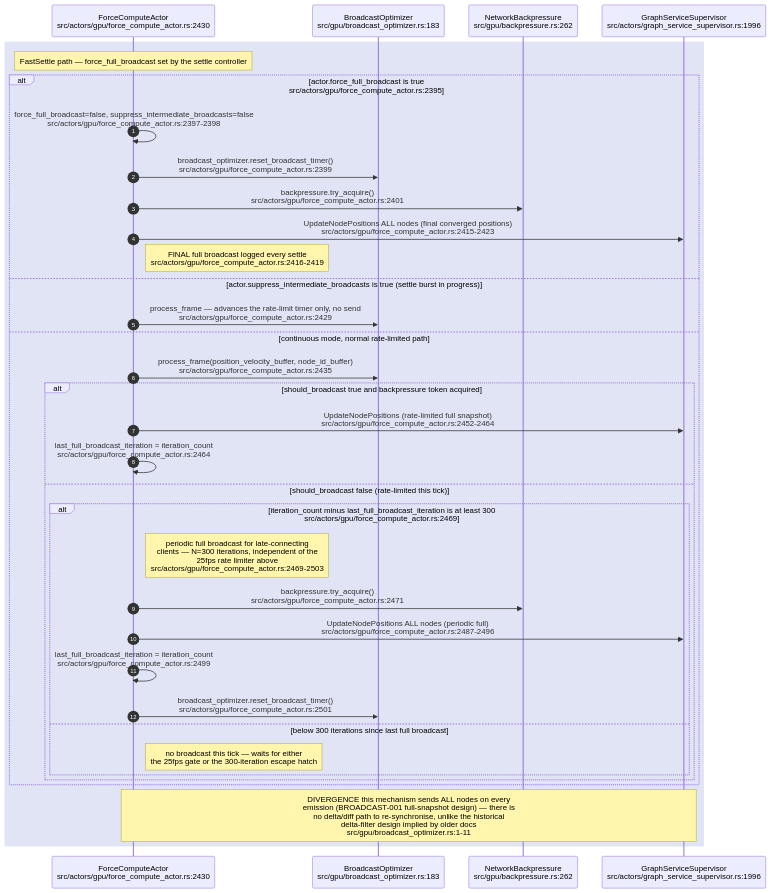
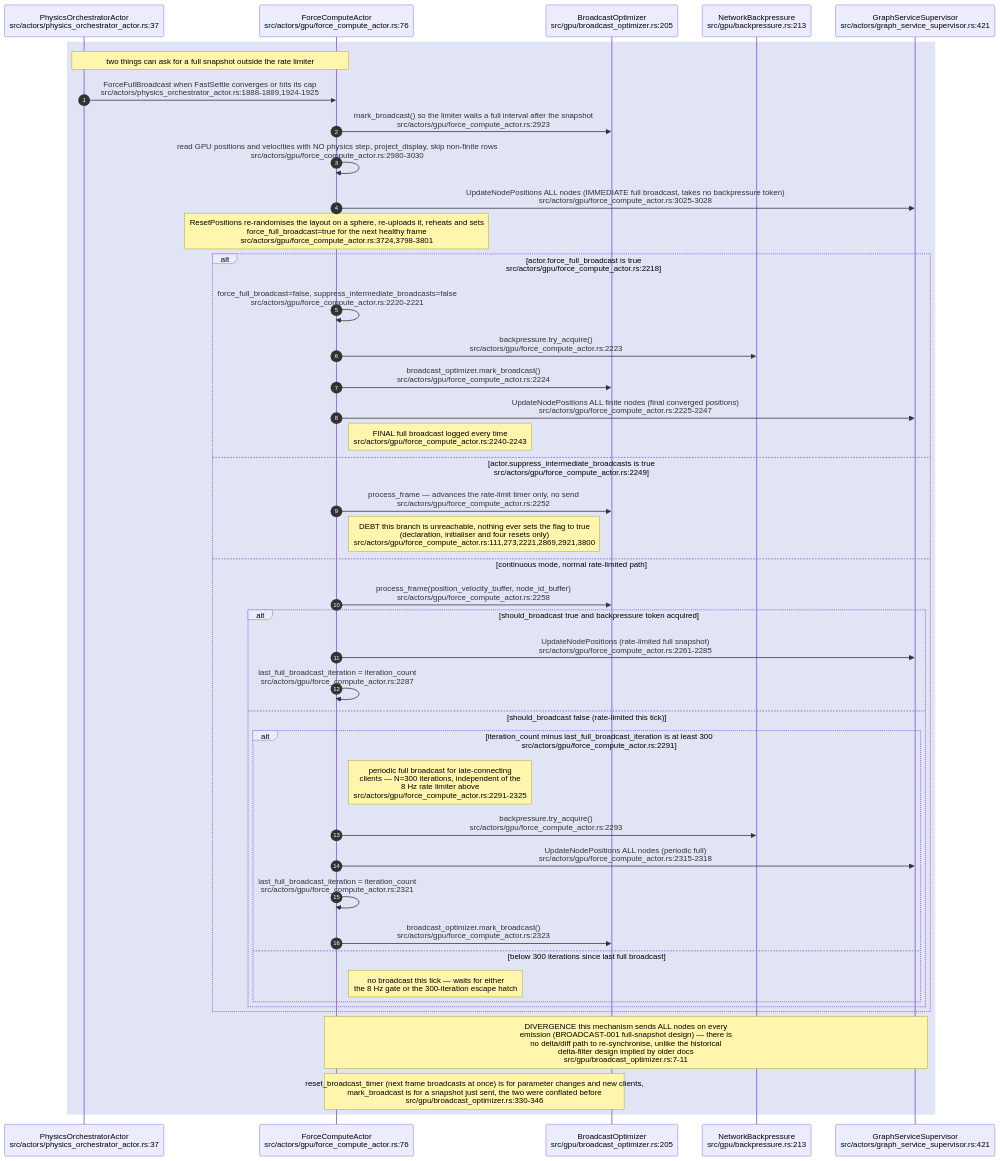
One commit to DreamLab-AI/VisionFlow changed the fourth of 8 diagrams in docs/diagrams/visionclaw/13-broadcast-pipeline-and-websocket.md. Above: the diagram before and after it, drawn with Mermaid. The commit also changed other lines of this file and 4 other files, not shown here.

Commit message:
docs(diagrams): re-verify visionclaw 13 and 32 against project HEAD

````diff
--- a/docs/diagrams/visionclaw/13-broadcast-pipeline-and-websocket.md
+++ b/docs/diagrams/visionclaw/13-broadcast-pipeline-and-websocket.md
@@ -242,38 +279,46 @@
 ```mermaid
 sequenceDiagram
     autonumber
-    participant FC as ForceComputeActor<br/>src/actors/gpu/force_compute_actor.rs:2430
-    participant BO as BroadcastOptimizer<br/>src/gpu/broadcast_optimizer.rs:183
-    participant BP as NetworkBackpressure<br/>src/gpu/backpressure.rs:262
-    participant GSS as GraphServiceSupervisor<br/>src/actors/graph_service_supervisor.rs:1996
+    participant PO as PhysicsOrchestratorActor<br/>src/actors/physics_orchestrator_actor.rs:37
+    participant FC as ForceComputeActor<br/>src/actors/gpu/force_compute_actor.rs:76
+    participant BO as BroadcastOptimizer<br/>src/gpu/broadcast_optimizer.rs:205
+    participant BP as NetworkBackpressure<br/>src/gpu/backpressure.rs:213
+    participant GSS as GraphServiceSupervisor<br/>src/actors/graph_service_supervisor.rs:421
 
     rect rgb(225,228,245)
-    Note over FC: FastSettle path — force_full_broadcast set by the settle controller
-    alt actor.force_full_broadcast is true<br/>src/actors/gpu/force_compute_actor.rs:2395
-        FC->>FC: force_full_broadcast=false, suppress_intermediate_broadcasts=false<br/>src/actors/gpu/force_compute_actor.rs:2397-2398
-        FC->>BO: broadcast_optimizer.reset_broadcast_timer()<br/>src/actors/gpu/force_compute_actor.rs:2399
-        FC->>BP: backpressure.try_acquire()<br/>src/actors/gpu/force_compute_actor.rs:2401
-        FC->>GSS: UpdateNodePositions ALL nodes (final converged positions)<br/>src/actors/gpu/force_compute_actor.rs:2415-2423
-        Note right of FC: FINAL full broadcast logged every settle<br/>src/actors/gpu/force_compute_actor.rs:2416-2419
-    else actor.suppress_intermediate_broadcasts is true (settle burst in progress)
-        FC->>BO: process_frame — advances the rate-limit timer only, no send<br/>src/actors/gpu/force_compute_actor.rs:2429
+    Note over PO,FC: two things can ask for a full snapshot outside the rate limiter
+    PO->>FC: ForceFullBroadcast when FastSettle converges or hits its cap<br/>src/actors/physics_orchestrator_actor.rs:1888-1889,1924-1925
+    FC->>BO: mark_broadcast() so the limiter waits a full interval after the snapshot<br/>src/actors/gpu/force_compute_actor.rs:2923
+    FC->>FC: read GPU positions and velocities with NO physics step, project_display, skip non-finite rows<br/>src/actors/gpu/force_compute_actor.rs:2980-3030
+    FC->>GSS: UpdateNodePositions ALL nodes (IMMEDIATE full broadcast, takes no backpressure token)<br/>src/actors/gpu/force_compute_actor.rs:3025-3028
+    Note over FC: ResetPositions re-randomises the layout on a sphere, re-uploads it, reheats and sets<br/>force_full_broadcast=true for the next healthy frame<br/>src/actors/gpu/force_compute_actor.rs:3724,3798-3801
+    alt actor.force_full_broadcast is true<br/>src/actors/gpu/force_compute_actor.rs:2218
+        FC->>FC: force_full_broadcast=false, suppress_intermediate_broadcasts=false<br/>src/actors/gpu/force_compute_actor.rs:2220-2221
+        FC->>BP: backpressure.try_acquire()<br/>src/actors/gpu/force_compute_actor.rs:2223
+        FC->>BO: broadcast_optimizer.mark_broadcast()<br/>src/actors/gpu/force_compute_actor.rs:2224
+        FC->>GSS: UpdateNodePositions ALL finite nodes (final converged positions)<br/>src/actors/gpu/force_compute_actor.rs:2225-2247
+        Note right of FC: FINAL full broadcast logged every time<br/>src/actors/gpu/force_compute_actor.rs:2240-2243
+    else actor.suppress_intermediate_broadcasts is true<br/>src/actors/gpu/force_compute_actor.rs:2249
+        FC->>BO: process_frame — advances the rate-limit timer only, no send<br/>src/actors/gpu/force_compute_actor.rs:2252
+        Note right of FC: DEBT this branch is unreachable, nothing ever sets the flag to true<br/>(declaration, initialiser and four resets only)<br/>src/actors/gpu/force_compute_actor.rs:111,273,2221,2869,2921,3800
     else continuous mode, normal rate-limited path
-        FC->>BO: process_frame(position_velocity_buffer, node_id_buffer)<br/>src/actors/gpu/force_compute_actor.rs:2435
+        FC->>BO: process_frame(position_velocity_buffer, node_id_buffer)<br/>src/actors/gpu/force_compute_actor.rs:2258
         alt should_broadcast true and backpressure token acquired
-            FC->>GSS: UpdateNodePositions (rate-limited full snapshot)<br/>src/actors/gpu/force_compute_actor.rs:2452-2464
-            FC->>FC: last_full_broadcast_iteration = iteration_count<br/>src/actors/gpu/force_compute_actor.rs:2464
+            FC->>GSS: UpdateNodePositions (rate-limited full snapshot)<br/>src/actors/gpu/force_compute_actor.rs:2261-2285
+            FC->>FC: last_full_broadcast_iteration = iteration_count<br/>src/actors/gpu/force_compute_actor.rs:2287
         else should_broadcast false (rate-limited this tick)
-            alt iteration_count minus last_full_broadcast_iteration is at least 300<br/>src/actors/gpu/force_compute_actor.rs:2469
-                Note right of FC: periodic full broadcast for late-connecting<br/>clients — N=300 iterations, independent of the<br/>25fps rate limiter above<br/>src/actors/gpu/force_compute_actor.rs:2469-2503
-                FC->>BP: backpressure.try_acquire()<br/>src/actors/gpu/force_compute_actor.rs:2471
-                FC->>GSS: UpdateNodePositions ALL nodes (periodic full)<br/>src/actors/gpu/force_compute_actor.rs:2487-2496
-                FC->>FC: last_full_broadcast_iteration = iteration_count<br/>src/actors/gpu/force_compute_actor.rs:2499
-                FC->>BO: broadcast_optimizer.reset_broadcast_timer()<br/>src/actors/gpu/force_compute_actor.rs:2501
+            alt iteration_count minus last_full_broadcast_iteration is at least 300<br/>src/actors/gpu/force_compute_actor.rs:2291
+                Note right of FC: periodic full broadcast for late-connecting<br/>clients — N=300 iterations, independent of the<br/>8 Hz rate limiter above<br/>src/actors/gpu/force_compute_actor.rs:2291-2325
+                FC->>BP: backpressure.try_acquire()<br/>src/actors/gpu/force_compute_actor.rs:2293
+                FC->>GSS: UpdateNodePositions ALL nodes (periodic full)<br/>src/actors/gpu/force_compute_actor.rs:2315-2318
+                FC->>FC: last_full_broadcast_iteration = iteration_count<br/>src/actors/gpu/force_compute_actor.rs:2321
+                FC->>BO: broadcast_optimizer.mark_broadcast()<br/>src/actors/gpu/force_compute_actor.rs:2323
             else below 300 iterations since last full broadcast
-                Note right of FC: no broadcast this tick — waits for either<br/>the 25fps gate or the 300-iteration escape hatch
+                Note right of FC: no broadcast this tick — waits for either<br/>the 8 Hz gate or the 300-iteration escape hatch
             end
         end
     end
-    Note over FC,GSS: DIVERGENCE this mechanism sends ALL nodes on every<br/>emission (BROADCAST-001 full-snapshot design) — there is<br/>no delta/diff path to re-synchronise, unlike the historical<br/>delta-filter design implied by older docs<br/>src/gpu/broadcast_optimizer.rs:1-11
+    Note over FC,GSS: DIVERGENCE this mechanism sends ALL nodes on every<br/>emission (BROADCAST-001 full-snapshot design) — there is<br/>no delta/diff path to re-synchronise, unlike the historical<br/>delta-filter design implied by older docs<br/>src/gpu/broadcast_optimizer.rs:7-11
+    Note over FC,BO: reset_broadcast_timer (next frame broadcasts at once) is for parameter changes and new clients,<br/>mark_broadcast is for a snapshot just sent, the two were conflated before<br/>src/gpu/broadcast_optimizer.rs:330-346
     end
 ```
````
